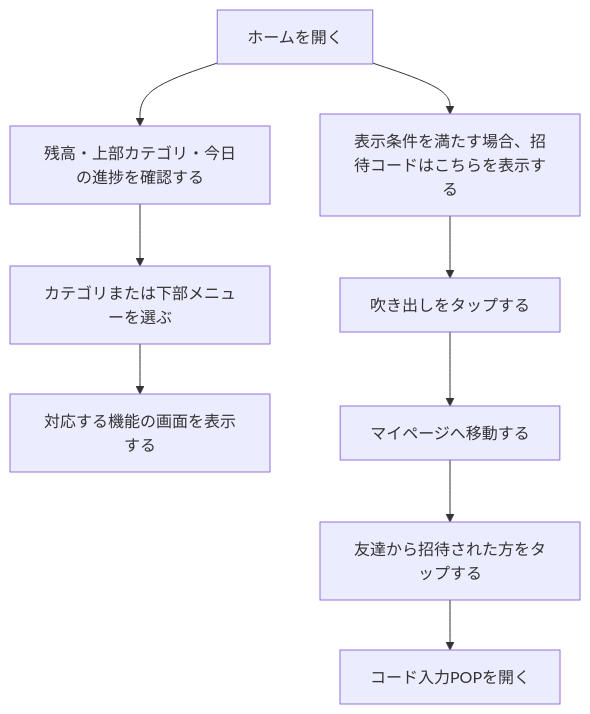
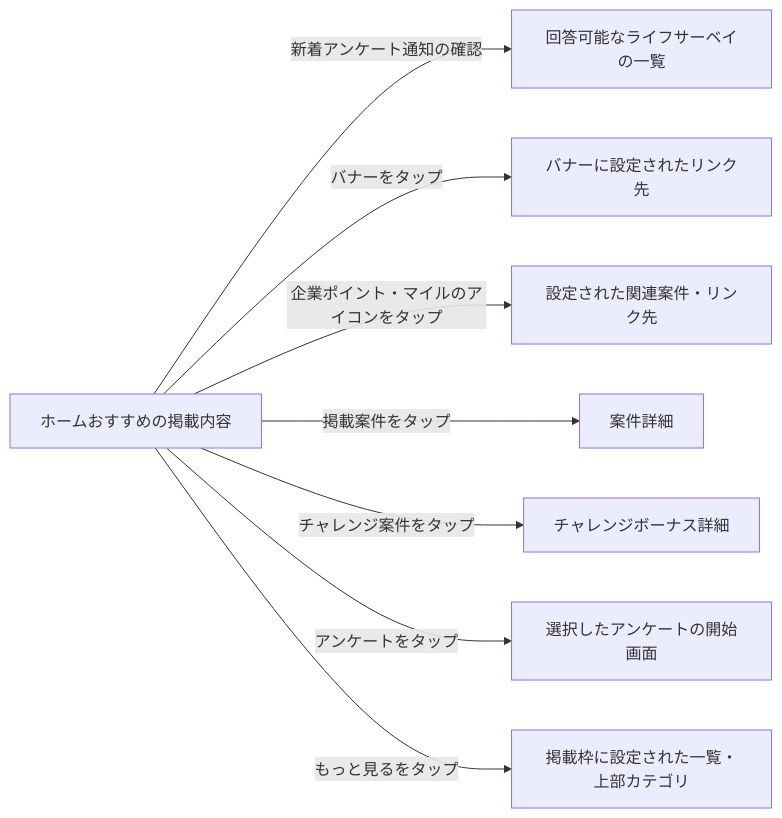
The third of 5 diagrams in docs/prd/features/F02-home.md (Min-Thu-Khant/pochipo-mock-en), drawn with Mermaid before and after one commit. The commit also changed other lines of this file, not shown here.

Commit message:
docs(F02): expand home navigation flows by entry point

````diff
--- a/docs/prd/features/F02-home.md
+++ b/docs/prd/features/F02-home.md
@@ -111,15 +144,11 @@
 ```mermaid
-flowchart TD
-  A0["ホームを開く"]
-  A1["残高・上部カテゴリ・今日の進捗を確認する"]
-  A2["カテゴリまたは下部メニューを選ぶ"]
-  A3["対応する機能の画面を表示する"]
-  A0 --> A1
-  A1 --> A2
-  A2 --> A3
-  A0 --> B0["表示条件を満たす場合、招待コードはこちらを表示する"]
-  B0 --> B1["吹き出しをタップする"]
-  B1 --> B2["マイページへ移動する"]
-  B2 --> B3["友達から招待された方をタップする"]
-  B3 --> B4["コード入力POPを開く"]
+flowchart LR
+  R["ホームおすすめの掲載内容"]
+  R -->|新着アンケート通知の確認| Q["回答可能なライフサーベイの一覧"]
+  R -->|バナーをタップ| L["バナーに設定されたリンク先"]
+  R -->|企業ポイント・マイルのアイコンをタップ| E["設定された関連案件・リンク先"]
+  R -->|掲載案件をタップ| O["案件詳細"]
+  R -->|チャレンジ案件をタップ| B["チャレンジボーナス詳細"]
+  R -->|アンケートをタップ| S["選択したアンケートの開始画面"]
+  R -->|もっと見るをタップ| A["掲載枠に設定された一覧・上部カテゴリ"]
 ```
````
